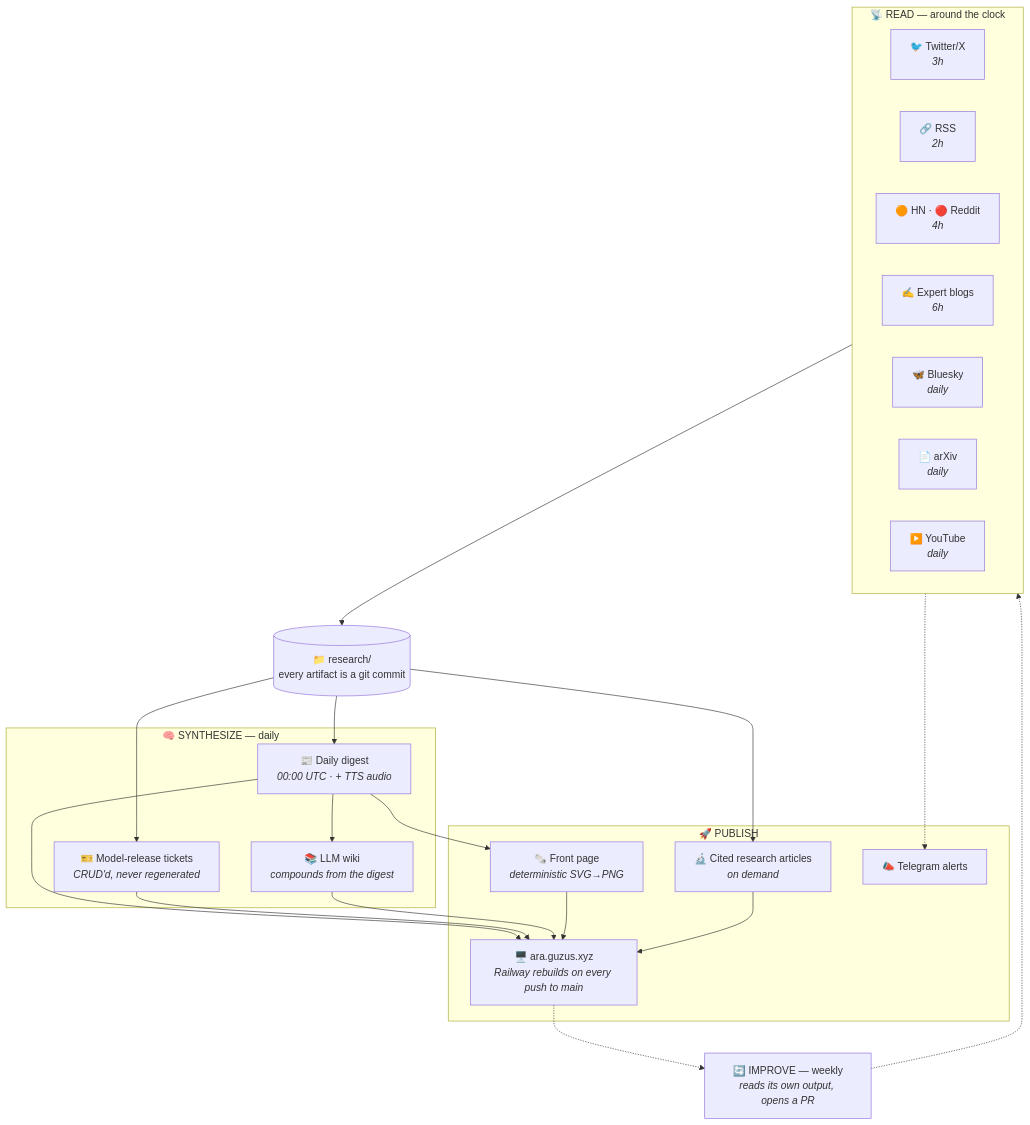
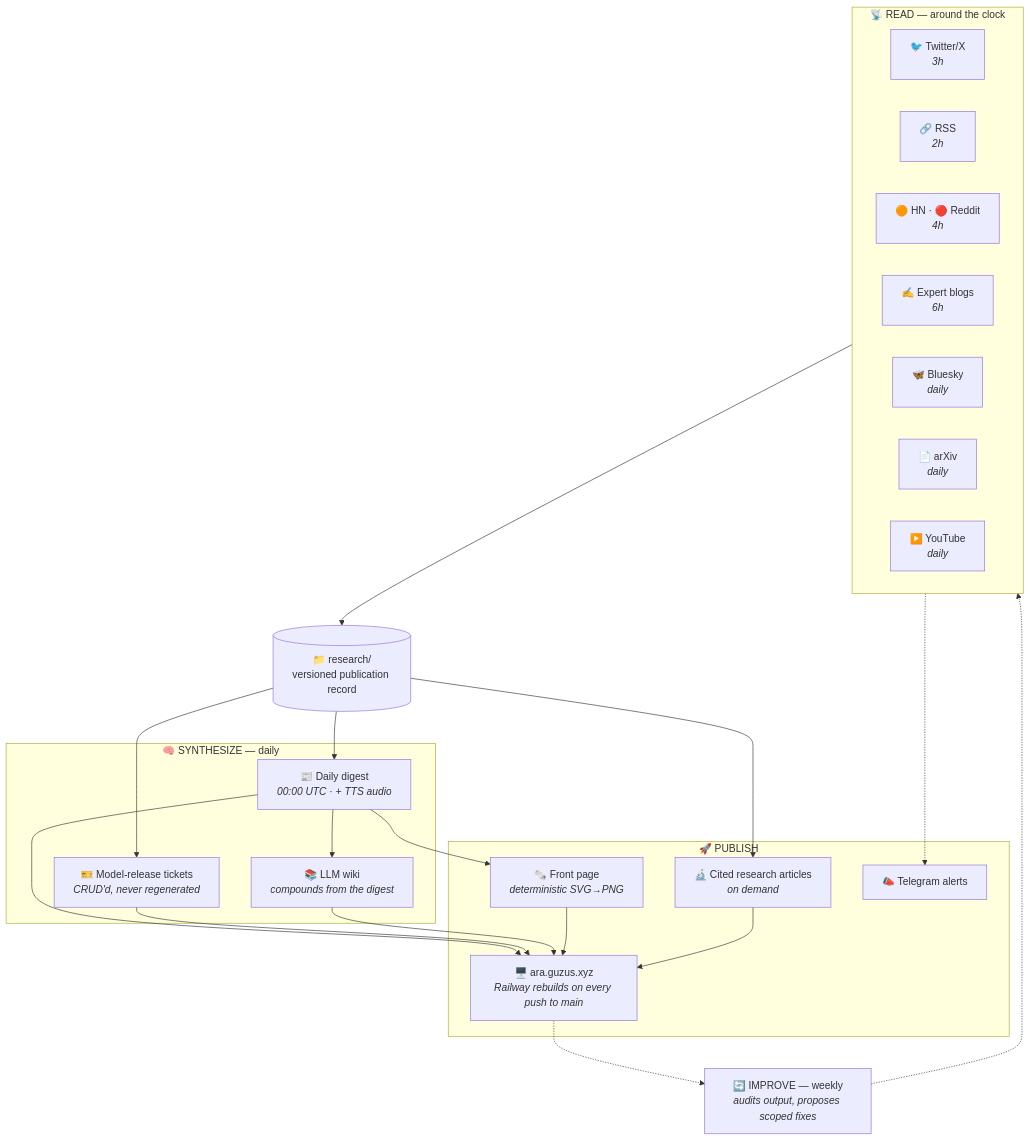
One commit to guzus/ai-research-arm changed the first of 2 diagrams in README.md. Above: the diagram before and after it, drawn with Mermaid. The commit also changed other lines of this file and 1 other file, not shown here.

````diff
--- a/README.md
+++ b/README.md
@@ -85,45 +89,45 @@
 ```mermaid
 flowchart TB
     subgraph read["📡 READ — around the clock"]
         direction LR
         Twitter["🐦 Twitter/X<br/><i>3h</i>"]
         RSS["🔗 RSS<br/><i>2h</i>"]
         HN["🟠 HN · 🔴 Reddit<br/><i>4h</i>"]
         Blogs["✍️ Expert blogs<br/><i>6h</i>"]
         Bluesky["🦋 Bluesky<br/><i>daily</i>"]
         arXiv["📄 arXiv<br/><i>daily</i>"]
         YouTube["▶️ YouTube<br/><i>daily</i>"]
     end
 
-    read --> store[("📁 research/<br/>every artifact is a git commit")]
+    read --> store[("📁 research/<br/>versioned publication record")]
 
     subgraph synth["🧠 SYNTHESIZE — daily"]
         Digest["📰 Daily digest<br/><i>00:00 UTC · + TTS audio</i>"]
         Tickets["🎫 Model-release tickets<br/><i>CRUD'd, never regenerated</i>"]
         Wiki["📚 LLM wiki<br/><i>compounds from the digest</i>"]
     end
 
     store --> Digest
     store --> Tickets
     Digest --> Wiki
 
     subgraph publish["🚀 PUBLISH"]
         Front["🗞️ Front page<br/><i>deterministic SVG→PNG</i>"]
         Gen["🔬 Cited research articles<br/><i>on demand</i>"]
         TG["📣 Telegram alerts"]
         Site["🖥️ ara.guzus.xyz<br/><i>Railway rebuilds on every push to main</i>"]
     end
 
     Digest --> Front
     store --> Gen
     Twitter -.-> TG
     Digest --> Site
     Tickets --> Site
     Wiki --> Site
     Front --> Site
     Gen --> Site
 
-    Improve["🔄 IMPROVE — weekly<br/><i>reads its own output, opens a PR</i>"]
+    Improve["🔄 IMPROVE — weekly<br/><i>audits output, proposes scoped fixes</i>"]
     Site -.-> Improve
     Improve -.-> read
 ```
````
